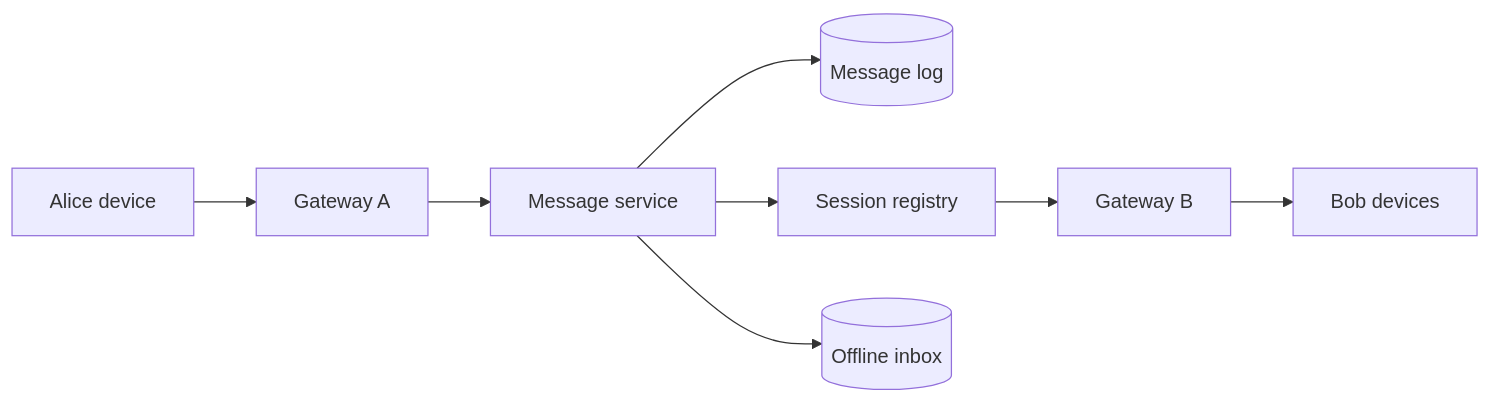
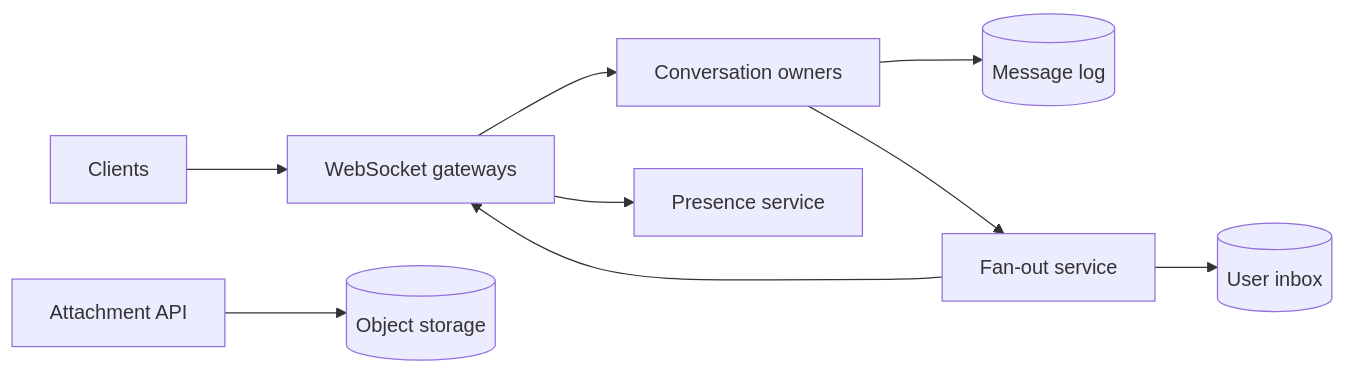
The diagram in src/content/blog/system-design/chat-messaging.md (yangzichao/www), drawn with Mermaid before and after one commit. The commit also changed other lines of this file and 18 other files, not shown here.

Commit message:
refactor: Revise URL Shortener design document to enhance clarity and detail on system evolution, API specifications, and architectural considerations

````diff
--- a/src/content/blog/system-design/chat-messaging.md
+++ b/src/content/blog/system-design/chat-messaging.md
@@ -86,10 +282,11 @@
 ```mermaid
 flowchart LR
-  A[Alice device] --> G1[Gateway A]
-  G1 --> M[Message service]
-  M --> L[(Message log)]
-  M --> R[Session registry]
-  R --> G2[Gateway B]
-  G2 --> B[Bob devices]
-  M --> I[(Offline inbox)]
+  C[Clients] --> G[WebSocket gateways]
+  G --> O[Conversation owners]
+  O --> L[(Message log)]
+  O --> F[Fan-out service]
+  F --> G
+  F --> I[(User inbox)]
+  G --> P[Presence service]
+  A[Attachment API] --> B[(Object storage)]
 ```
````
